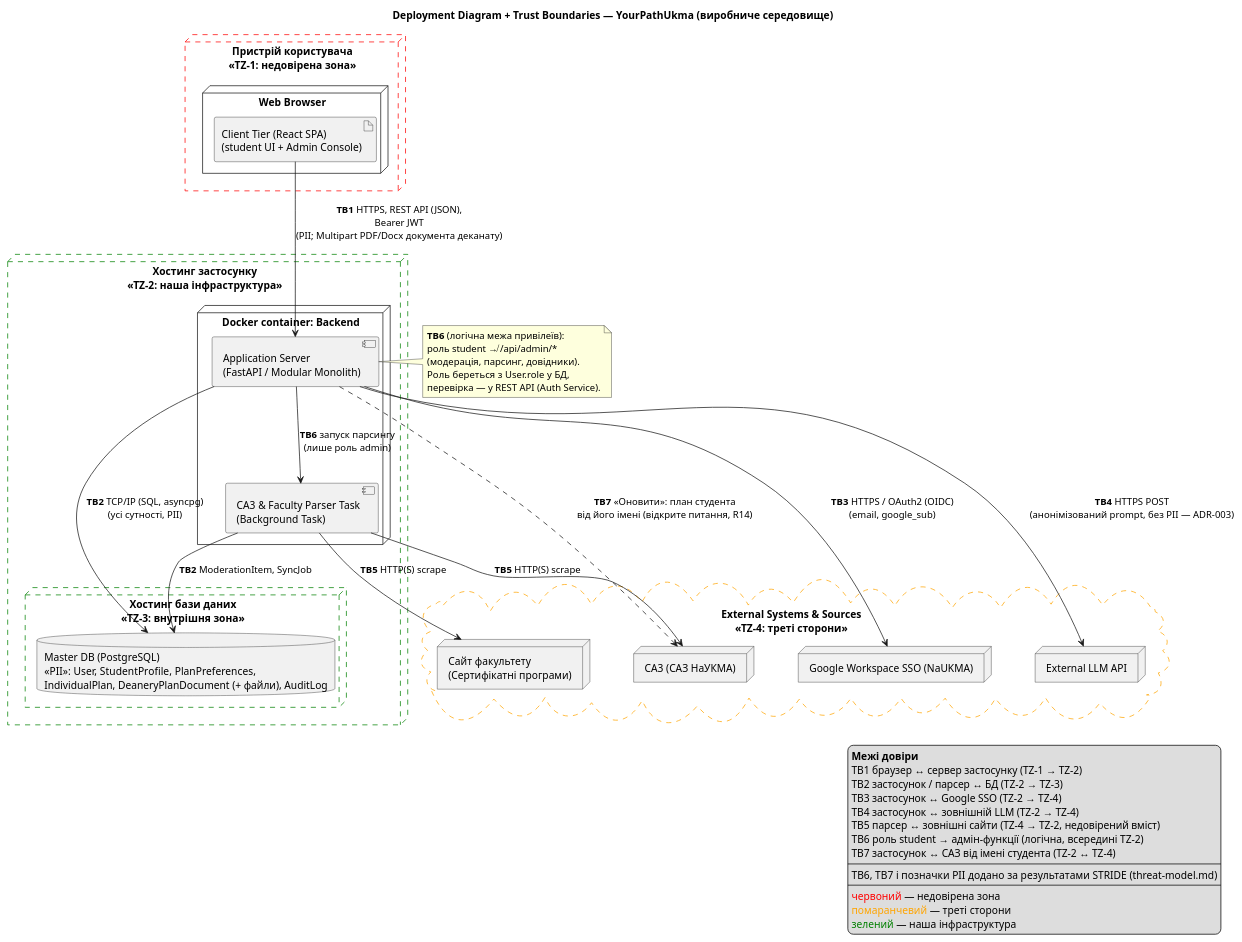
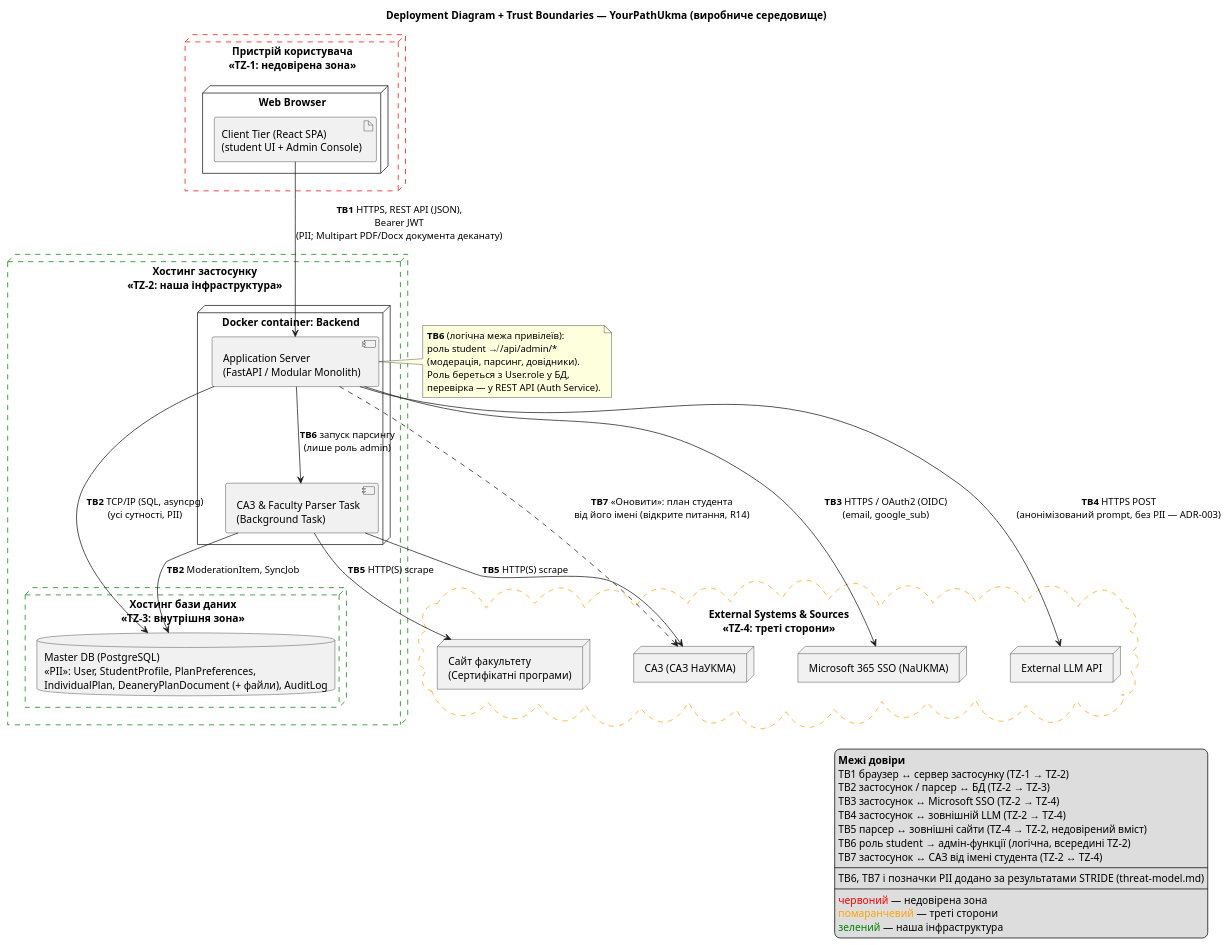
One commit to ukma-fin-ssdm-2026/YourPathUkma changed the diagram in docs/architecture/uml/deployment.puml. Above: the diagram before and after it, drawn with PlantUML. The commit also changed 20 other files, not shown here.

Commit message:
docs: заміна Google SSO на Microsoft 365 у документації та описах API

```diff
--- a/docs/architecture/uml/deployment.puml
+++ b/docs/architecture/uml/deployment.puml
@@ -1,72 +1,72 @@
 @startuml
 ' Deployment diagram + межі довіри для STRIDE (threat-model.md).
 ' Додано за результатами STRIDE-аналізу:
 '   TB6 — логічна межа привілеїв student → admin усередині Application Server;
 '   TB7 — «Оновити»: синхронізація плану з САЗ від імені студента (відкрите питання, R14);
 '   на зв'язках позначено, які чутливі дані (PII) перетинають межу;
 '   кольорoві пунктирні рамки зон: червона — недовірена, помаранчева — треті сторони, зелена — наша.
 top to bottom direction
 skinparam componentStyle uml2
 skinparam nodesep 60
 skinparam ranksep 80
 
 title Deployment Diagram + Trust Boundaries — YourPathUkma (виробниче середовище)
 
 node "Пристрій користувача\n<<TZ-1: недовірена зона>>" as ClientZone #line:red;line.dashed;line.bold {
   node "Web Browser" as Browser {
     artifact "Client Tier (React SPA)\n(student UI + Admin Console)" as SPA
   }
 }
 
 node "Хостинг застосунку\n<<TZ-2: наша інфраструктура>>" as Host #line:green;line.dashed;line.bold {
   node "Docker container: Backend" as BackendNode {
     component "Application Server\n(FastAPI / Modular Monolith)" as App
     component "CA3 & Faculty Parser Task\n(Background Task)" as Parser
   }
   node "Хостинг бази даних\n<<TZ-3: внутрішня зона>>" as DBNode #line:green;line.dashed;line.bold {
     database "Master DB (PostgreSQL)\n<<PII>>: User, StudentProfile, PlanPreferences,\nIndividualPlan, DeaneryPlanDocument (+ файли), AuditLog" as DB
   }
 }
 
 cloud "External Systems & Sources\n<<TZ-4: треті сторони>>" as Ext #line:orange;line.dashed;line.bold {
-  node "Google Workspace SSO (NaUKMA)" as Google
+  node "Microsoft 365 SSO (NaUKMA)" as Google
   node "External LLM API" as LLM
   node "CA3 (САЗ НаУКМА)" as CA3
   node "Сайт факультету\n(Сертифікатні програми)" as Faculty
 }
 
 note right of App
   **TB6** (логічна межа привілеїв):
   роль student ↛ /api/admin/*
   (модерація, парсинг, довідники).
   Роль береться з User.role у БД,
   перевірка — у REST API (Auth Service).
 end note
 
 SPA --> App : **TB1** HTTPS, REST API (JSON),\nBearer JWT\n(PII; Multipart PDF/Docx документа деканату)
 App --> DB : **TB2** TCP/IP (SQL, asyncpg)\n(усі сутності, PII)
 App --> Google : **TB3** HTTPS / OAuth2 (OIDC)\n(email, google_sub)
 App --> LLM : **TB4** HTTPS POST\n(анонімізований prompt, без PII — ADR-003)
 App --> Parser : **TB6** запуск парсингу\n(лише роль admin)
 Parser --> CA3 : **TB5** HTTP(S) scrape
 Parser --> Faculty : **TB5** HTTP(S) scrape
 Parser --> DB : **TB2** ModerationItem, SyncJob
 App ..> CA3 : **TB7** «Оновити»: план студента\nвід його імені (відкрите питання, R14)
 
 legend right
   **Межі довіри**
   TB1 браузер ↔ сервер застосунку (TZ-1 → TZ-2)
   TB2 застосунок / парсер ↔ БД (TZ-2 → TZ-3)
-  TB3 застосунок ↔ Google SSO (TZ-2 → TZ-4)
+  TB3 застосунок ↔ Microsoft SSO (TZ-2 → TZ-4)
   TB4 застосунок ↔ зовнішній LLM (TZ-2 → TZ-4)
   TB5 парсер ↔ зовнішні сайти (TZ-4 → TZ-2, недовірений вміст)
   TB6 роль student → адмін-функції (логічна, всередині TZ-2)
   TB7 застосунок ↔ САЗ від імені студента (TZ-2 ↔ TZ-4)
   ----
   TB6, TB7 і позначки PII додано за результатами STRIDE (threat-model.md)
   ----
   <color:red>червоний</color> — недовірена зона
   <color:orange>помаранчевий</color> — треті сторони
   <color:green>зелений</color> — наша інфраструктура
 end legend
 @enduml
```
